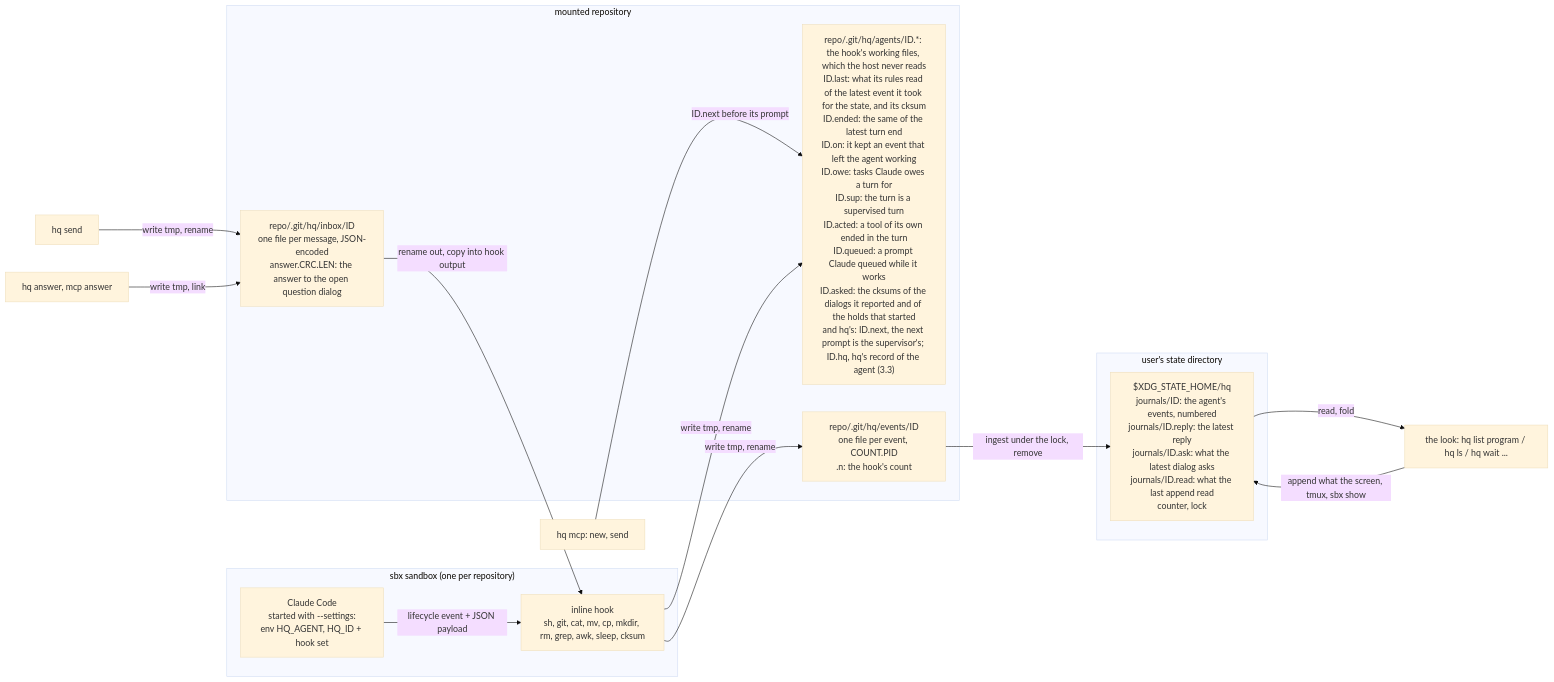
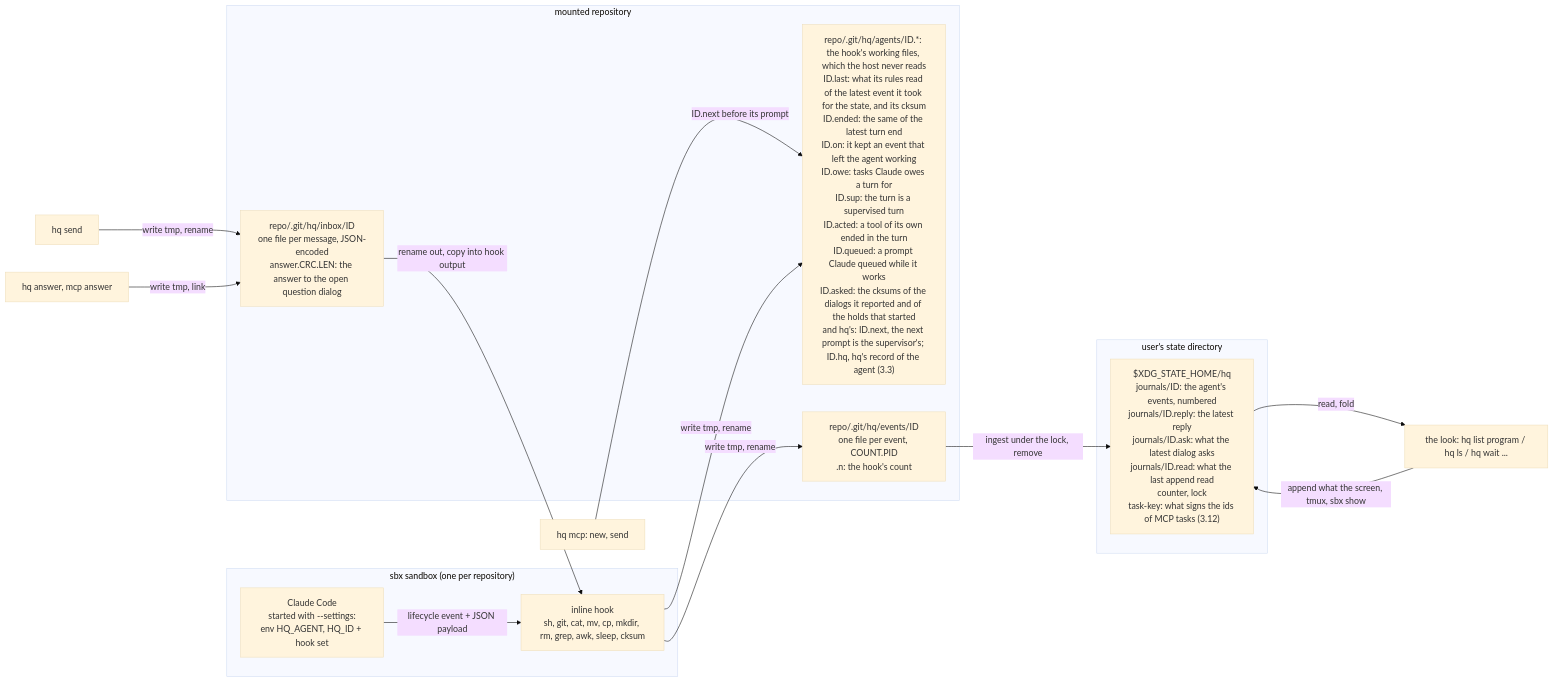
The second of 4 diagrams in docs/design/hq.md (rkrysinski/hq), drawn with Mermaid (base theme) before and after one commit. The commit also changed other lines of this file and 22 other files, not shown here.

````diff
--- a/docs/design/hq.md
+++ b/docs/design/hq.md
@@ -88,25 +88,25 @@
 ```mermaid
 flowchart LR
     subgraph SB["sbx sandbox (one per repository)"]
         C["Claude Code<br/>started with --settings:<br/>env HQ_AGENT, HQ_ID + hook set"]
         K["inline hook<br/>sh, git, cat, mv, cp, mkdir, rm, grep, awk, sleep, cksum"]
         C -- "lifecycle event + JSON payload" --> K
     end
     subgraph RP["mounted repository"]
         F["repo/.git/hq/agents/ID.*: the hook's working files, which the host never reads<br/>ID.last: what its rules read of the latest event it took for the state, and its cksum<br/>ID.ended: the same of the latest turn end<br/>ID.on: it kept an event that left the agent working<br/>ID.owe: tasks Claude owes a turn for<br/>ID.sup: the turn is a supervised turn<br/>ID.acted: a tool of its own ended in the turn<br/>ID.queued: a prompt Claude queued while it works<br/>ID.asked: the cksums of the dialogs it reported and of the holds that started<br/>and hq's: ID.next, the next prompt is the supervisor's; ID.hq, hq's record of the agent (3.3)"]
         I["repo/.git/hq/inbox/ID<br/>one file per message, JSON-encoded<br/>answer.CRC.LEN: the answer to the open question dialog"]
         E["repo/.git/hq/events/ID<br/>one file per event, COUNT.PID<br/>.n: the hook's count"]
     end
     subgraph ST["user's state directory"]
-        J["$XDG_STATE_HOME/hq<br/>journals/ID: the agent's events, numbered<br/>journals/ID.reply: the latest reply<br/>journals/ID.ask: what the latest dialog asks<br/>journals/ID.read: what the last append read<br/>counter, lock"]
+        J["$XDG_STATE_HOME/hq<br/>journals/ID: the agent's events, numbered<br/>journals/ID.reply: the latest reply<br/>journals/ID.ask: what the latest dialog asks<br/>journals/ID.read: what the last append read<br/>counter, lock<br/>task-key: what signs the ids of MCP tasks (3.12)"]
     end
     K -- "write tmp, rename" --> F
     K -- "write tmp, rename" --> E
     E -- "ingest under the lock, remove" --> J
     J -- "read, fold" --> LP["the look: hq list program / hq ls / hq wait ..."]
     LP -- "append what the screen, tmux, sbx show" --> J
     SEND["hq send"] -- "write tmp, rename" --> I
     I -- "rename out, copy into hook output" --> K
     MCP["hq mcp: new, send"] -- "ID.next before its prompt" --> F
     ANS["hq answer, mcp answer"] -- "write tmp, link" --> I
 ```
````
